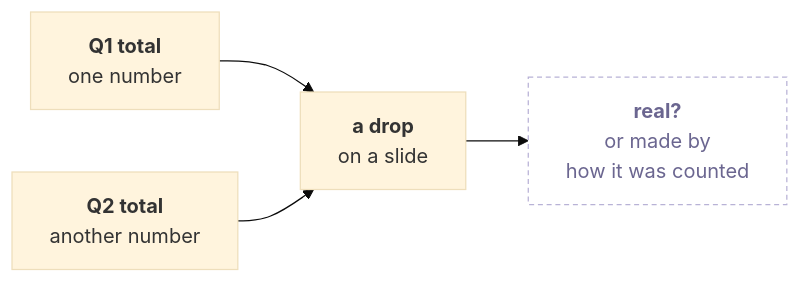
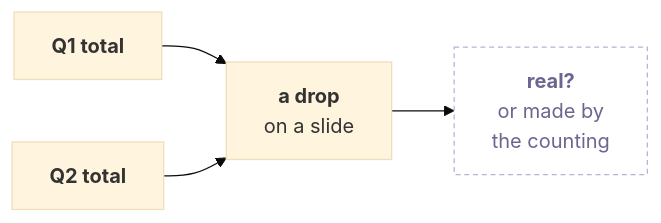
The first of 13 diagrams in content/W01/D2/slides/C2_W01_D02_half1_STUDENT.md (fde-academy-lab/c2-content-factory), drawn with Mermaid (base theme) before and after one commit. The commit also changed other lines of this file and 3 other files, not shown here.

````diff
--- a/content/W01/D2/slides/C2_W01_D02_half1_STUDENT.md
+++ b/content/W01/D2/slides/C2_W01_D02_half1_STUDENT.md
@@ -73,8 +98,8 @@
 ```mermaid
 flowchart LR
-    A["<b>Q1 total</b><br/>one number"] --> D["<b>a drop</b><br/>on a slide"]
-    B["<b>Q2 total</b><br/>another number"] --> D
-    D --> Q["<b>real?</b><br/>or made by<br/>how it was counted"]
+    A["<b>Q1 total</b>"] --> D["<b>a drop</b><br/>on a slide"]
+    B["<b>Q2 total</b>"] --> D
+    D --> Q["<b>real?</b><br/>or made by<br/>the counting"]
     classDef unknown fill:#FFFFFF,stroke:#B8B2D6,color:#6B6690,stroke-dasharray:4 3
     class Q unknown
 ```
````
